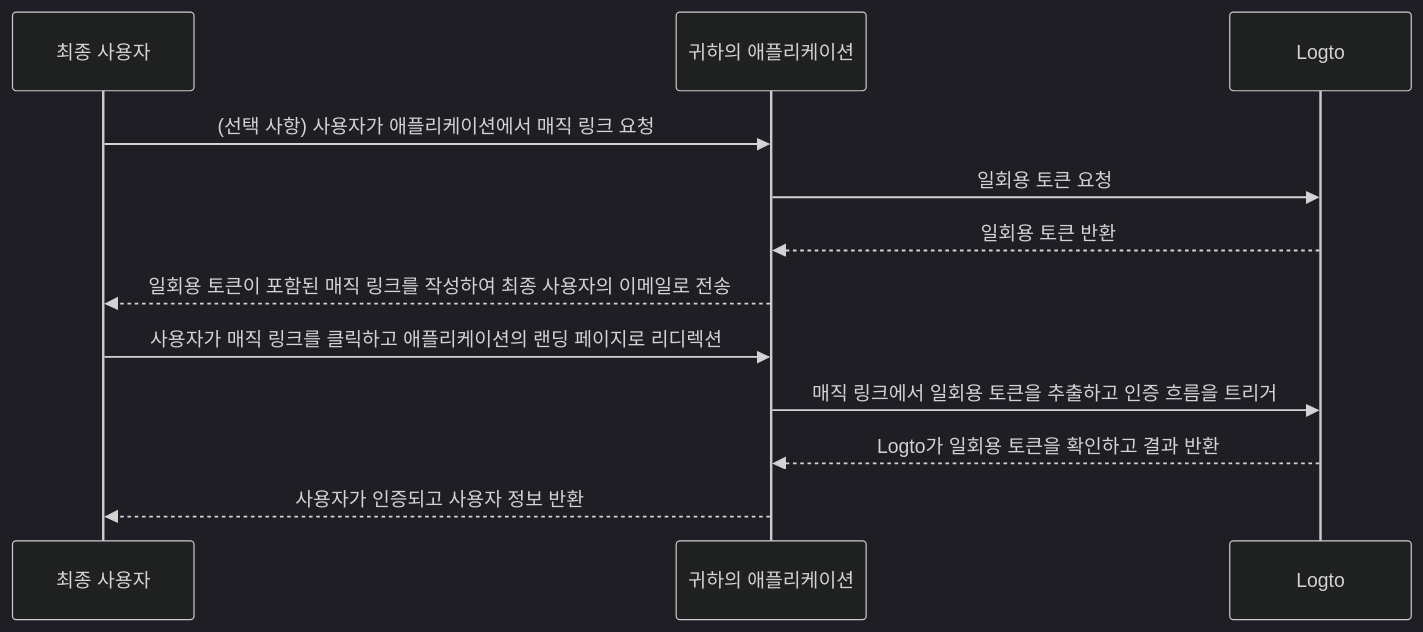
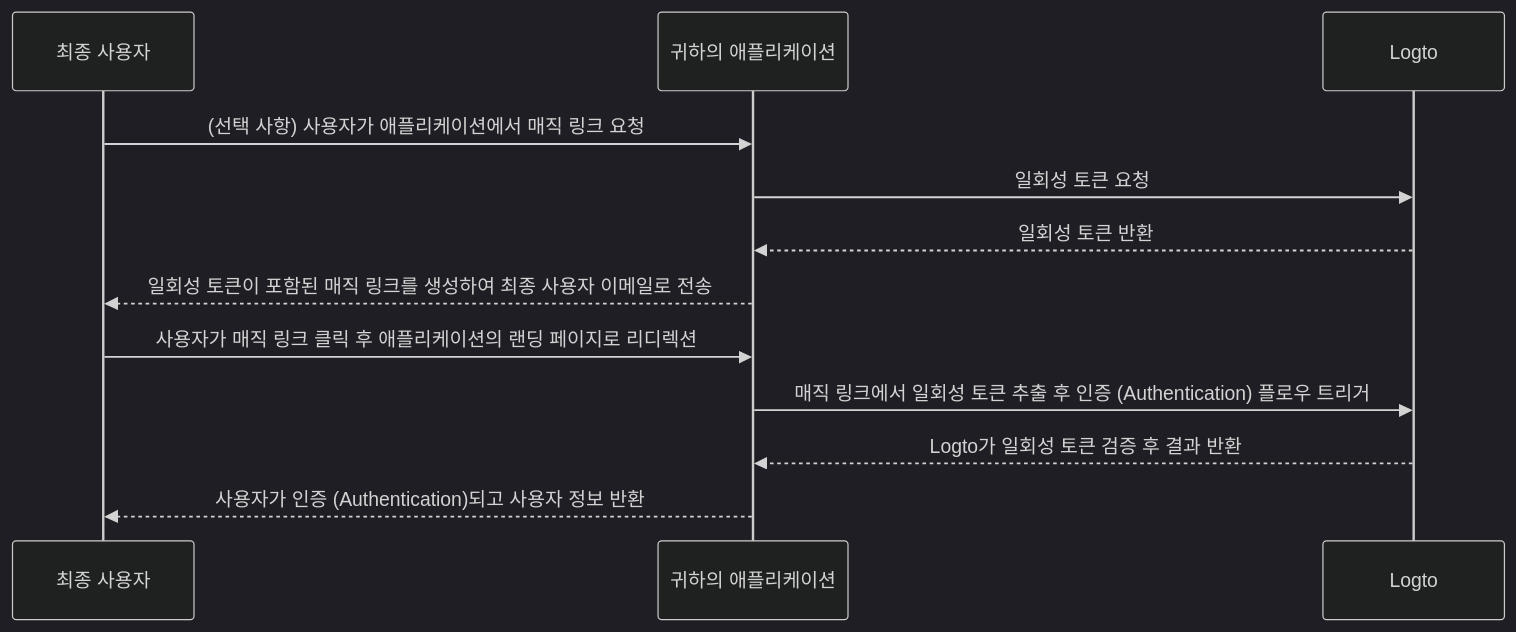
The diagram in i18n/ko/docusaurus-plugin-content-docs/current/end-user-flows/one-time-token.mdx (logto-io/docs), drawn with Mermaid (dark theme) before and after one commit. The commit also changed other lines of this file and 233 other files, not shown here.

````diff
--- a/i18n/ko/docusaurus-plugin-content-docs/current/end-user-flows/one-time-token.mdx
+++ b/i18n/ko/docusaurus-plugin-content-docs/current/end-user-flows/one-time-token.mdx
@@ -21,15 +24,15 @@
 ```mermaid
 sequenceDiagram
   participant U as 최종 사용자
   participant C as 귀하의 애플리케이션
   participant L as Logto
 
   U ->> C: (선택 사항) 사용자가 애플리케이션에서 매직 링크 요청
-  C ->> L: 일회용 토큰 요청
-  L -->> C: 일회용 토큰 반환
-  C -->> U: 일회용 토큰이 포함된 매직 링크를 작성하여 최종 사용자의 이메일로 전송
-  U ->> C: 사용자가 매직 링크를 클릭하고 애플리케이션의 랜딩 페이지로 리디렉션
-  C ->> L: 매직 링크에서 일회용 토큰을 추출하고 인증 흐름을 트리거
-  L -->> C: Logto가 일회용 토큰을 확인하고 결과 반환
-  C -->> U: 사용자가 인증되고 사용자 정보 반환
+  C ->> L: 일회성 토큰 요청
+  L -->> C: 일회성 토큰 반환
+  C -->> U: 일회성 토큰이 포함된 매직 링크를 생성하여 최종 사용자 이메일로 전송
+  U ->> C: 사용자가 매직 링크 클릭 후 애플리케이션의 랜딩 페이지로 리디렉션
+  C ->> L: 매직 링크에서 일회성 토큰 추출 후 인증 (Authentication) 플로우 트리거
+  L -->> C: Logto가 일회성 토큰 검증 후 결과 반환
+  C -->> U: 사용자가 인증 (Authentication)되고 사용자 정보 반환
 ```
````
